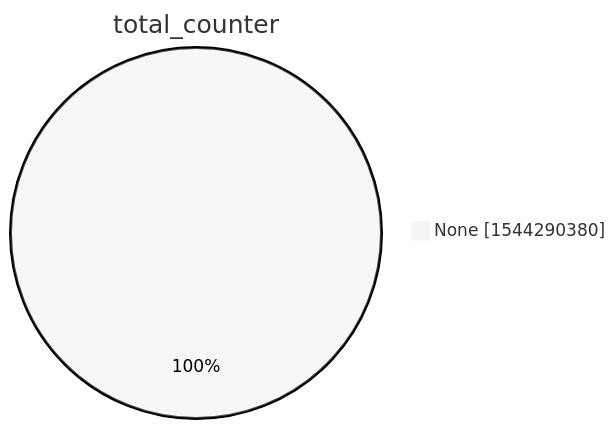
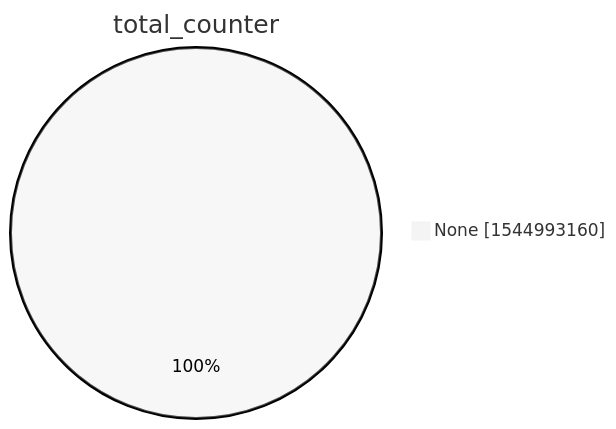
One commit to christiankrug/ctmonitor_visualization changed the second of 15 diagrams in xenon2022/README.md. Above: the diagram before and after it, drawn with Mermaid (neutral theme). The commit also changed other lines of this file, not shown here.

````diff
--- a/xenon2022/README.md
+++ b/xenon2022/README.md
@@ -9,5 +9,5 @@
 ```mermaid
 pie showData
 title total_counter
-"None" :1544290380
+"None" :1544993160
 ```
````
